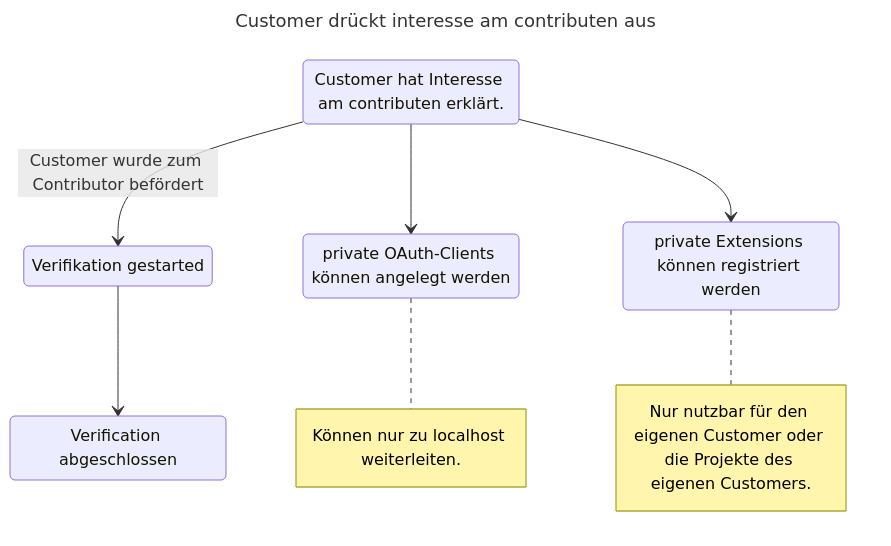
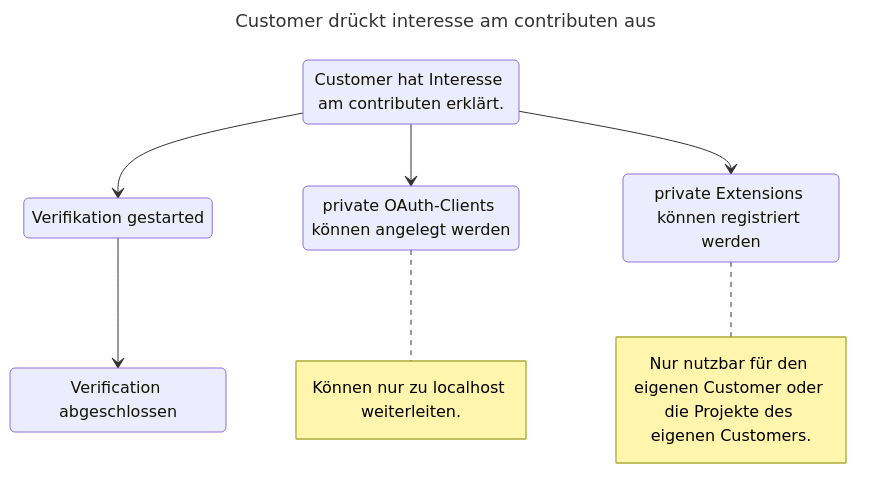
One commit to mittwald/developer-portal changed the first of 2 diagrams in i18n/de/docusaurus-plugin-content-docs/current/contribution/30-overview/3-contributor.mdx. Above: the diagram before and after it, drawn with Mermaid. The commit also changed 1 other file, not shown here.

Commit message:
unfree -> chargable

````diff
--- a/i18n/de/docusaurus-plugin-content-docs/current/contribution/30-overview/3-contributor.mdx
+++ b/i18n/de/docusaurus-plugin-content-docs/current/contribution/30-overview/3-contributor.mdx
@@ -10,24 +10,24 @@
 ```mermaid
 ---
 title: Customer drückt interesse am contributen aus
 ---
 
 stateDiagram-v2
     C1: Customer hat Interesse am contributen erklärt.
     C2: Verifikation gestarted
     C3: Verification abgeschlossen
     E1: private Extensions können registriert werden
     O1: private OAuth-Clients können angelegt werden
 
     note right of O1
         Können nur zu localhost weiterleiten.
     end note
     note right of E1
         Nur nutzbar für den eigenen Customer oder die Projekte des eigenen Customers.
     end note
 
-    C1 --> C2: Customer wurde zum Contributor befördert
+    C1 --> C2
     C2 --> C3
     C1 --> E1
     C1 --> O1
 ```
````
